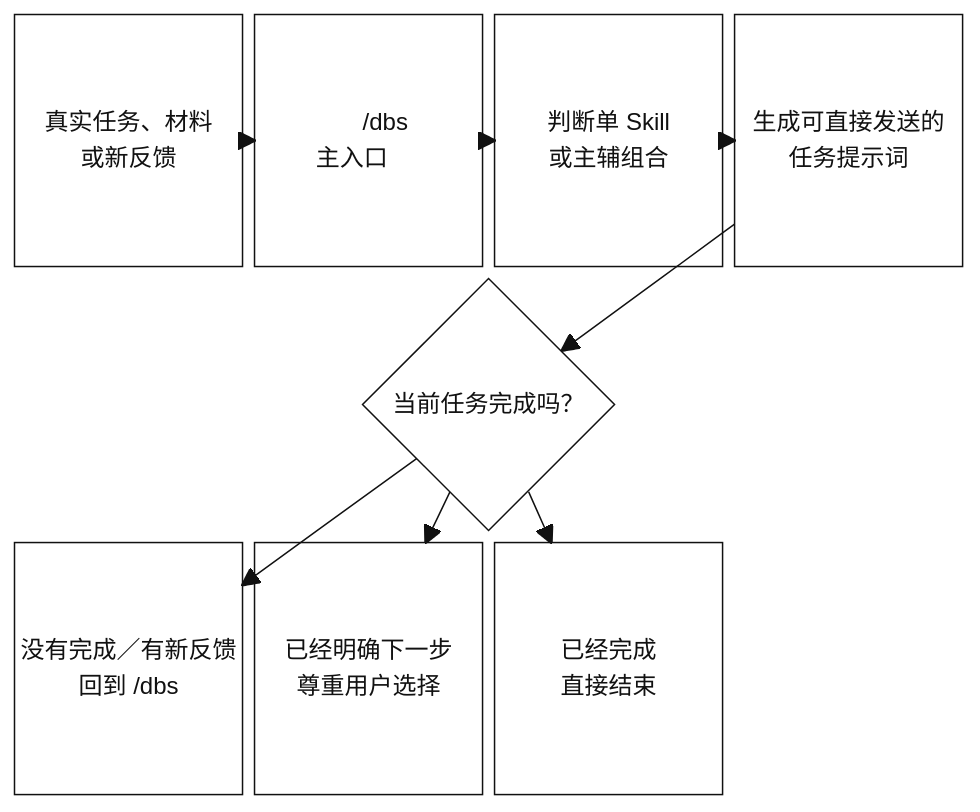
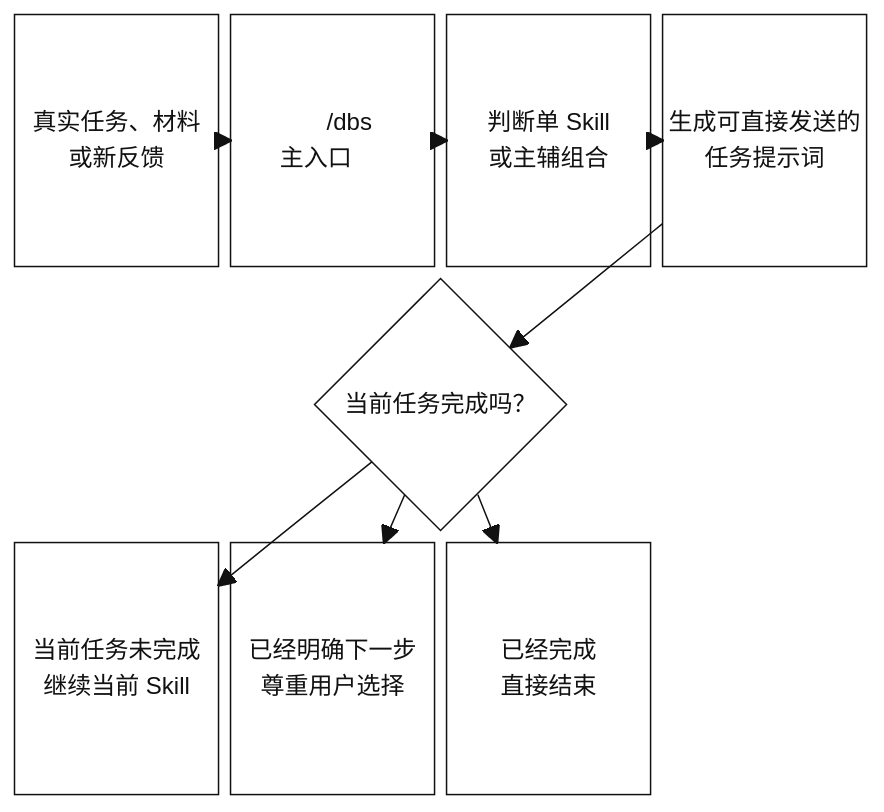
The diagram in docs/skill-link-map.mmd (fishlives0u0/dbskill), drawn with Mermaid before and after one commit. The commit also changed 54 other files, not shown here.

```diff
--- a/docs/skill-link-map.mmd
+++ b/docs/skill-link-map.mmd
@@ -1,53 +1,53 @@
 %%{init: {
   "theme": "base",
   "themeVariables": {
     "background": "#ffffff",
     "primaryColor": "#ffffff",
     "primaryTextColor": "#111111",
     "primaryBorderColor": "#111111",
     "lineColor": "#111111",
     "secondaryColor": "#ffffff",
     "secondaryTextColor": "#111111",
     "secondaryBorderColor": "#111111",
     "tertiaryColor": "#ffffff",
     "tertiaryTextColor": "#111111",
     "tertiaryBorderColor": "#111111",
     "clusterBkg": "#ffffff",
     "clusterBorder": "#111111",
     "defaultLinkColor": "#111111",
     "fontFamily": "Helvetica, Arial, PingFang SC, Microsoft YaHei, sans-serif"
   },
   "flowchart": {
     "htmlLabels": true,
     "curve": "basis",
     "nodeSpacing": 32,
     "rankSpacing": 48
   }
 }}%%
 
 %% 本文件保留编排逻辑草图；README 中的正式 4:3 图示为手工维护的 skill-link-map-4x3.svg。
 
 block-beta
     columns 4
 
     A["真实任务、材料<br/>或新反馈"]
     B["&nbsp;&nbsp;&nbsp;&nbsp;&nbsp;/dbs<br/>主入口&nbsp;&nbsp;&nbsp;&nbsp;&nbsp;"]
     C["判断单 Skill<br/>或主辅组合"]
     D["生成可直接发送的<br/>任务提示词"]
 
     space
     E{"当前任务完成吗？"}:2
     space
 
-    F["没有完成／有新反馈<br/>回到 /dbs"]
+    F["当前任务未完成<br/>继续当前 Skill"]
     G["已经明确下一步<br/>尊重用户选择"]
     H["已经完成<br/>直接结束"]
     space
 
     A --> B
     B --> C
     C --> D
     D --> E
     E --> F
     E --> G
     E --> H
```
